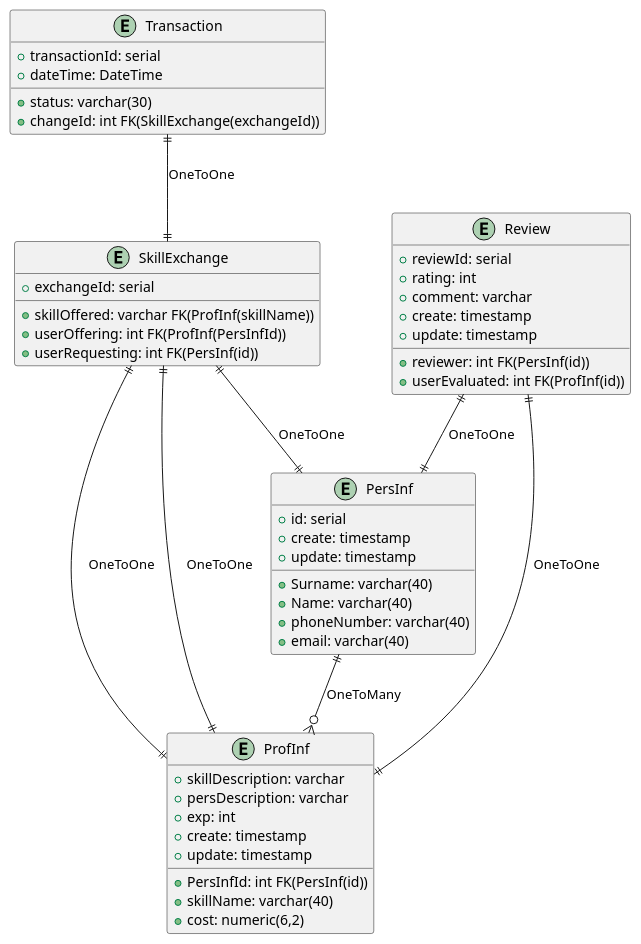
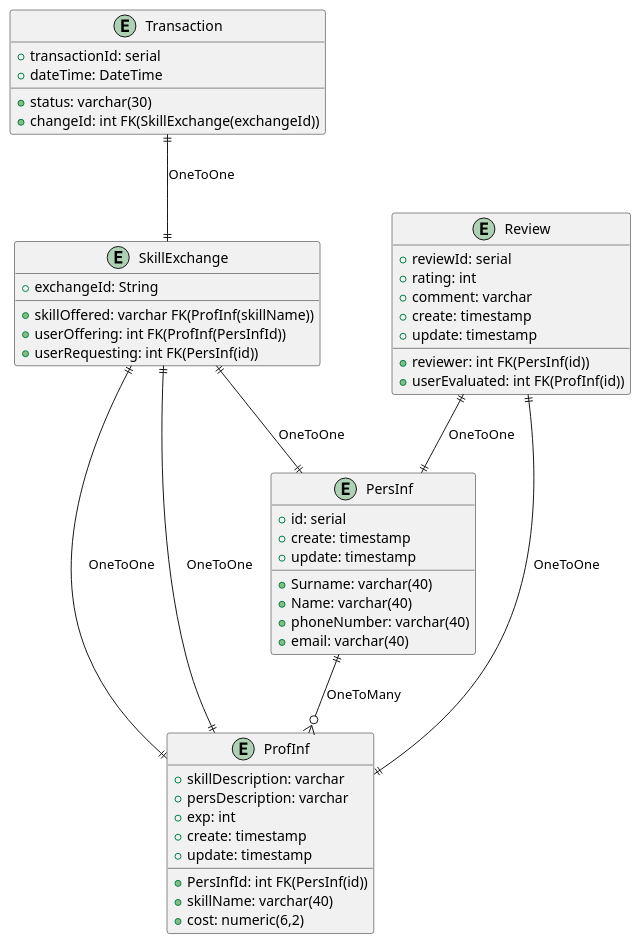
The diagram in src/main/uml/ErDiagram.puml (Xastt/SkillSwapArchitecture), drawn with PlantUML before and after one commit. The commit also changed 3 other files, not shown here.

```diff
--- a/src/main/uml/ErDiagram.puml
+++ b/src/main/uml/ErDiagram.puml
@@ -1,58 +1,58 @@
 @startuml
 
 entity PersInf {
     +id: serial
     +Surname: varchar(40)
     +Name: varchar(40)
     +phoneNumber: varchar(40)
     +email: varchar(40)
     +create: timestamp
     +update: timestamp
 }
 
 entity ProfInf {
     +PersInfId: int FK(PersInf(id))
     +skillName: varchar(40)
     +skillDescription: varchar
     +cost: numeric(6,2)
     +persDescription: varchar
     +exp: int
     +create: timestamp
     +update: timestamp
 }
 
 entity SkillExchange{
-    +exchangeId: serial
+    +exchangeId: String
     +skillOffered: varchar FK(ProfInf(skillName))
     +userOffering: int FK(ProfInf(PersInfId))
     +userRequesting: int FK(PersInf(id))
 }
 
 entity Review {
     +reviewId: serial
     +rating: int
     +comment: varchar
     +reviewer: int FK(PersInf(id))
     +userEvaluated: int FK(ProfInf(id))
     +create: timestamp
     +update: timestamp
 }
 
 entity Transaction {
     +transactionId: serial
     +dateTime: DateTime
     +status: varchar(30)
     +changeId: int FK(SkillExchange(exchangeId))
 }
 
 
 
 PersInf ||--o{ ProfInf : "OneToMany"
 SkillExchange ||--|| PersInf : "OneToOne"
 SkillExchange ||--|| ProfInf : "OneToOne"
 SkillExchange ||--|| ProfInf : "OneToOne"
 Review ||--|| ProfInf : "OneToOne"
 Review ||--|| PersInf : "OneToOne"
 Transaction ||--|| SkillExchange : "OneToOne"
 
 @enduml
```
